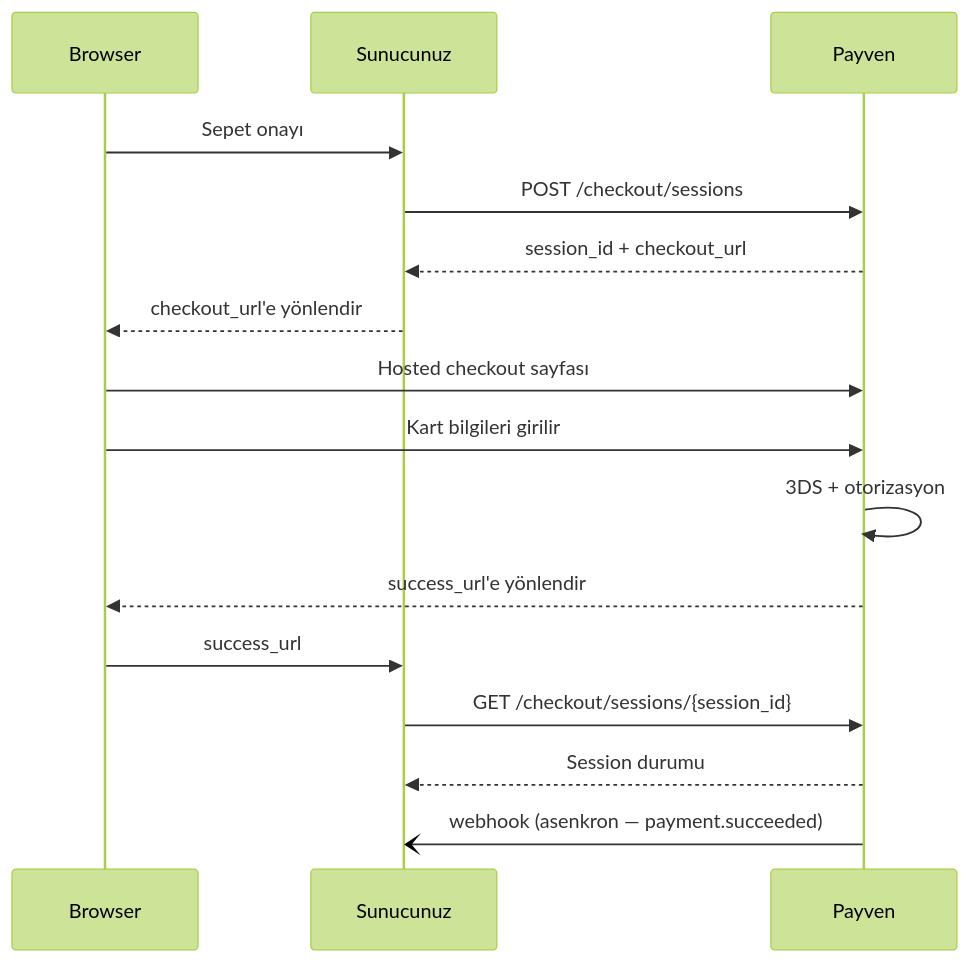
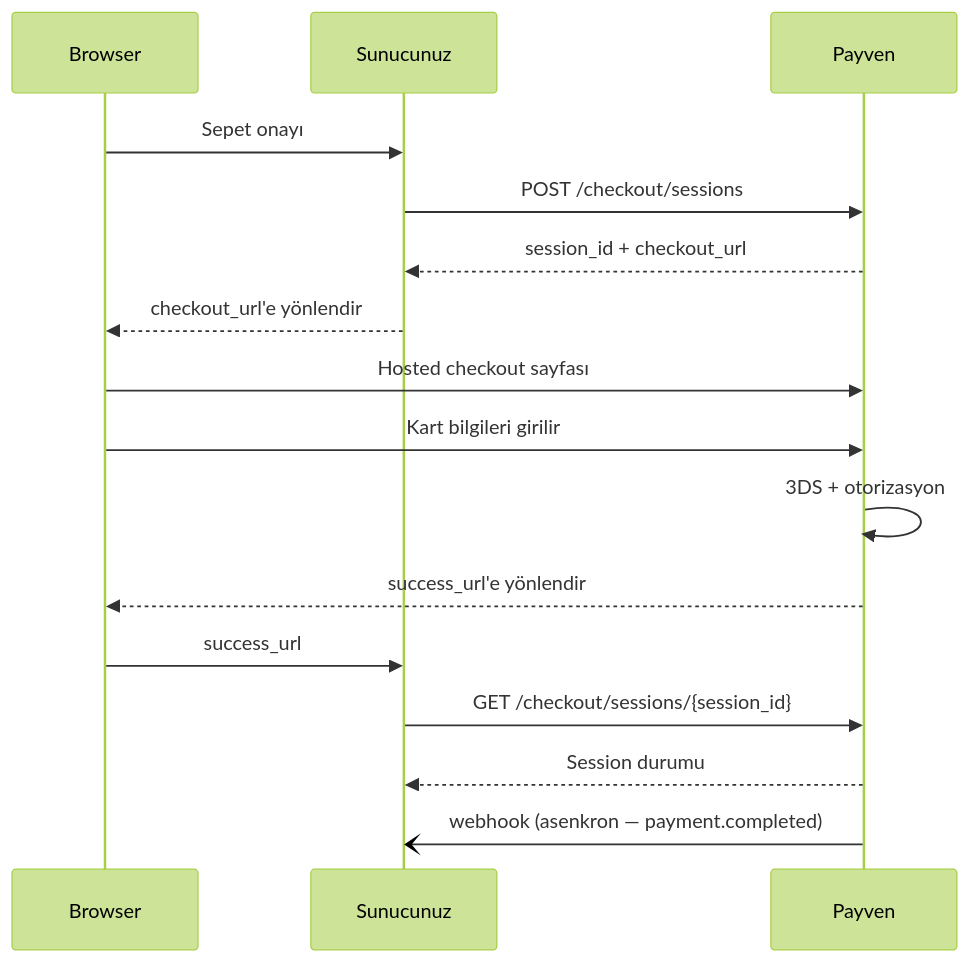
The diagram in sanal-pos/payments/hosted-checkout.mdx (payment-pos/mintlify), drawn with Mermaid (forest theme) before and after one commit. The commit also changed other lines of this file and 73 other files, not shown here.

````diff
--- a/sanal-pos/payments/hosted-checkout.mdx
+++ b/sanal-pos/payments/hosted-checkout.mdx
@@ -19,19 +19,19 @@
 ```mermaid
 sequenceDiagram
     participant Browser
     participant App as Sunucunuz
     participant Payven
 
     Browser->>App: Sepet onayı
     App->>Payven: POST /checkout/sessions
     Payven-->>App: session_id + checkout_url
     App-->>Browser: checkout_url'e yönlendir
     Browser->>Payven: Hosted checkout sayfası
     Browser->>Payven: Kart bilgileri girilir
     Payven->>Payven: 3DS + otorizasyon
     Payven-->>Browser: success_url'e yönlendir
     Browser->>App: success_url
     App->>Payven: GET /checkout/sessions/{session_id}
     Payven-->>App: Session durumu
-    Payven-)App: webhook (asenkron — payment.succeeded)
+    Payven-)App: webhook (asenkron — payment.completed)
 ```
````
